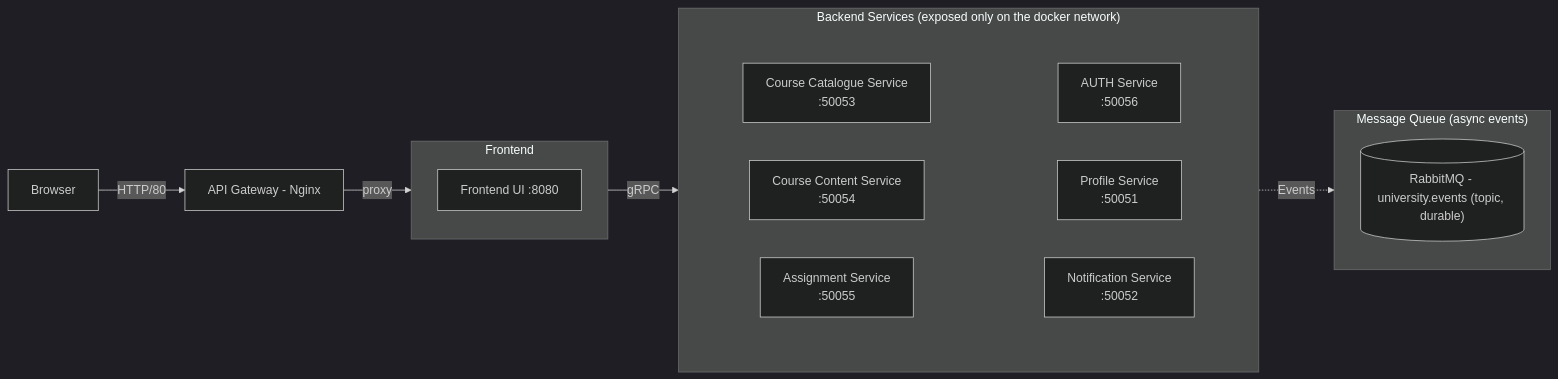
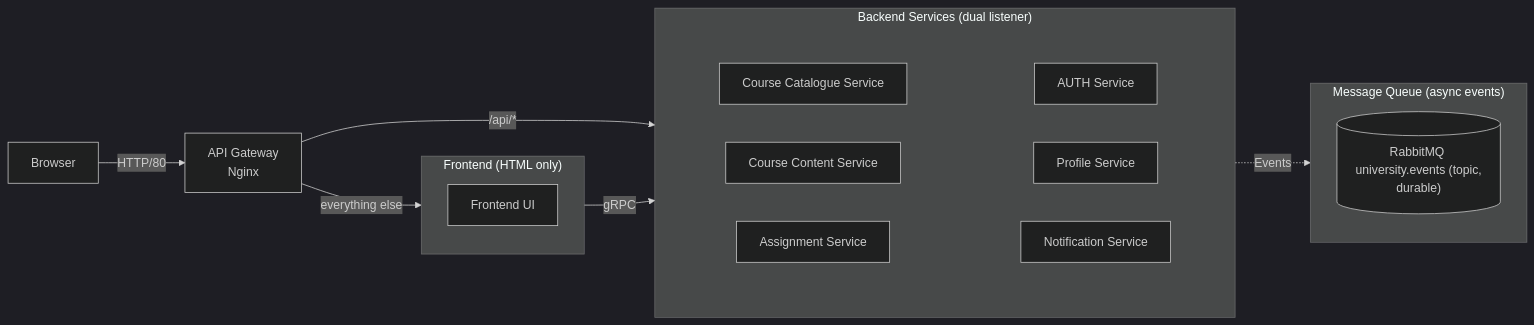
Before and after one commit to bundgaard1/Osbourne.AI: the first of 2 diagrams in docs/design.md, drawn with Mermaid. The commit also changed other lines of this file and 2 other files, not shown here.

````diff
--- a/docs/design.md
+++ b/docs/design.md
@@ -8,45 +10,41 @@
 ```mermaid
 ---
 config:
   theme: dark
 ---
 graph LR;
-    U[Browser] -->|HTTP/80| B[API Gateway - Nginx]
+    U[Browser] -->|HTTP/80| B[API Gateway <br/> Nginx]
 
-    subgraph FE ["Frontend"]
-        F[Frontend UI :8080]
+    subgraph FE ["Frontend (HTML only)"]
+        F[Frontend UI]
     end
 
-    subgraph BE ["Backend Services (exposed only on the docker network)"]
+    subgraph BE ["Backend Services (dual listener)"]
         direction TD
         subgraph Col1 [" "]
             direction LR
-            H["AUTH Service <br/> :50056"]
-            C["Profile Service <br/> :50051"]
-            G["Notification Service <br/> :50052"]
+            H["AUTH Service"]
+            C["Profile Service"]
+            G["Notification Service"]
         end
 
         subgraph Col2 [" "]
             direction LR
-            D["Course Catalogue Service <br/> :50053"]
-            E["Course Content Service <br/> :50054"]
-            J["Assignment Service <br/> :50055"]
+            D["Course Catalogue Service"]
+            E["Course Content Service"]
+            J["Assignment Service"]
         end
     end
 
     subgraph MQ ["Message Queue (async events)"]
-        Q[("RabbitMQ - university.events (topic, durable)")]
+        Q[("RabbitMQ <br/> university.events (topic, durable)")]
     end
 
-    %% Node to Subgraph
-    B -->|proxy| FE
-
-    %% Node inside Subgraph to Node inside Subgraph
+    B -->|/api/*| BE
+    B -->|everything else| FE
     FE -->|gRPC| BE
-
-    %% Subgraph to Subgraph
     BE -.->|Events| MQ
 
     style Col1 fill:none,stroke:none
     style Col2 fill:none,stroke:none
 ```
````
